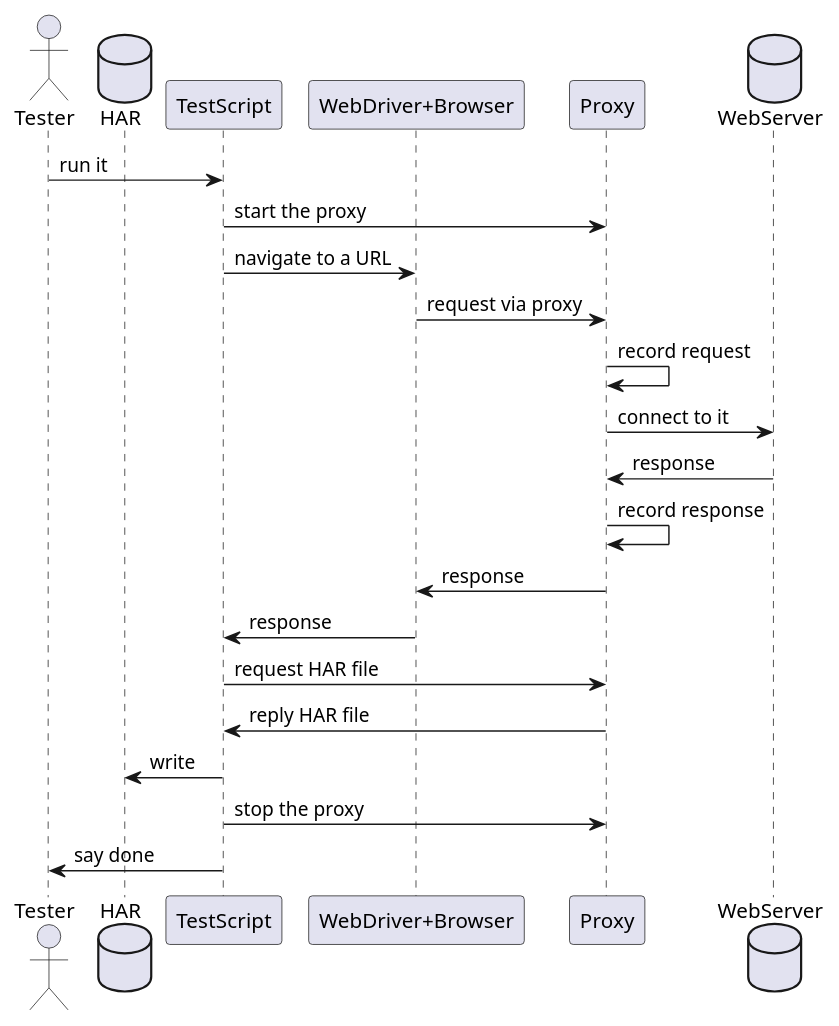
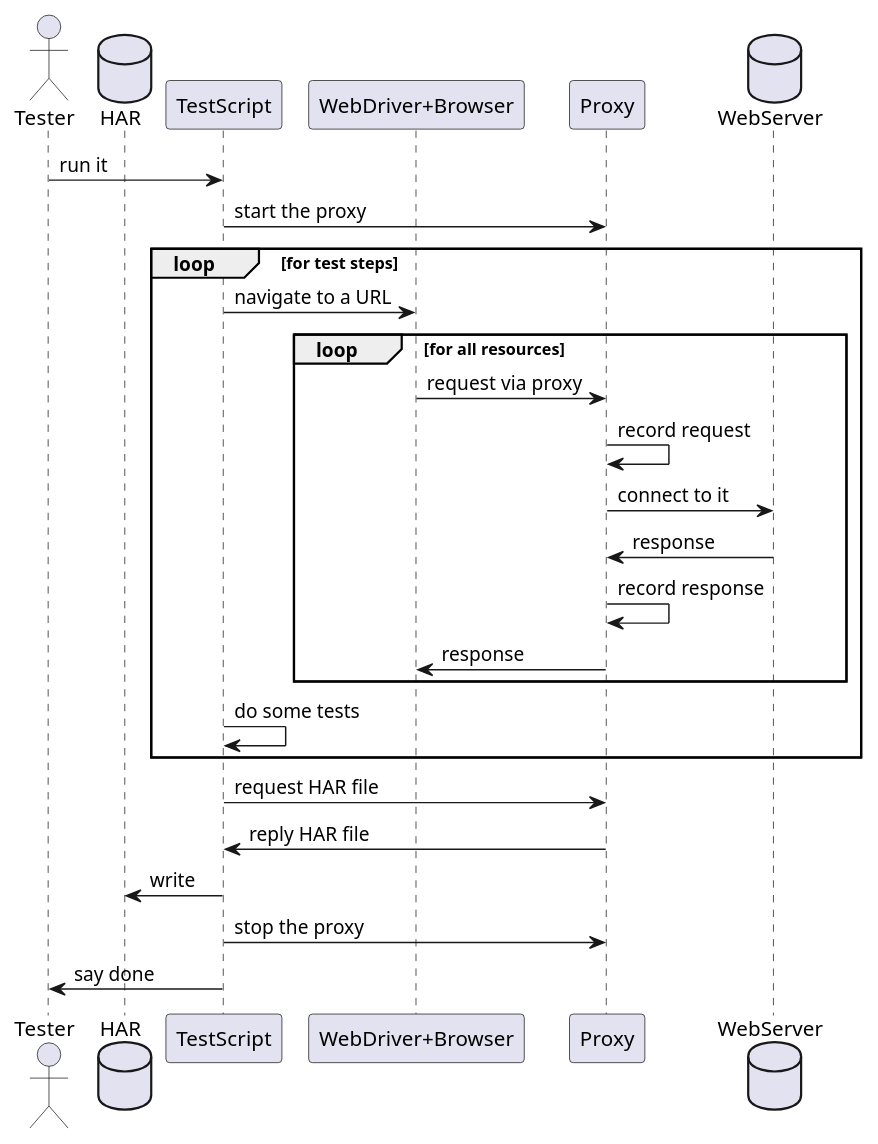
Before and after one commit to kazurayam/BrowserMobProxyInKatalonStudio: the diagram in docs/diagrams/src/sequence.pu, drawn with PlantUML. The commit also changed 1 other file, not shown here.

Commit message:
revise the sequence diagram to express loops

```diff
--- a/docs/diagrams/src/sequence.pu
+++ b/docs/diagrams/src/sequence.pu
@@ -1,24 +1,28 @@
 @startuml sequence
 actor       Tester     as tester
 database    HAR        as file
 participant TestScript as script
 participant "WebDriver+Browser" as browser
 participant Proxy      as proxy
 database    WebServer  as server
 
 tester   -> script     : run it
 script   -> proxy      : start the proxy
+loop for test steps
 script   -> browser    : navigate to a URL
+loop for all resources
 browser  -> proxy      : request via proxy
 proxy    -> proxy      : record request
 proxy    -> server     : connect to it
 server   -> proxy      : response
 proxy    -> proxy      : record response
 proxy    -> browser    : response
-browser  -> script     : response
+end
+script   -> script     : do some tests
+end 
 script   -> proxy      : request HAR file
 proxy    -> script     : reply HAR file
 script   -> file       : write
 script   -> proxy      : stop the proxy
 script   -> tester     : say done
 @enduml
```
